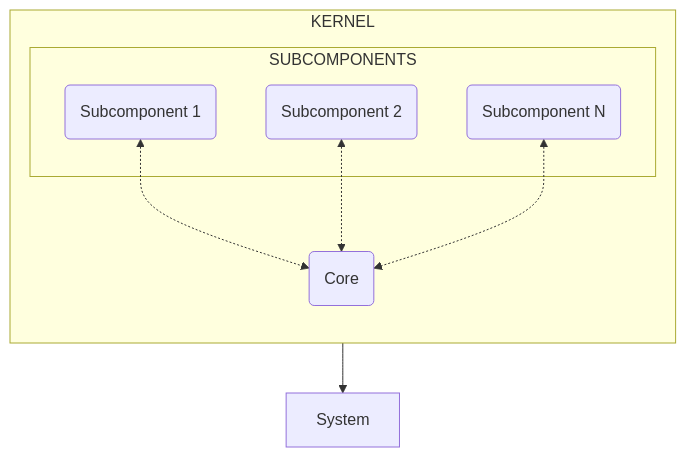
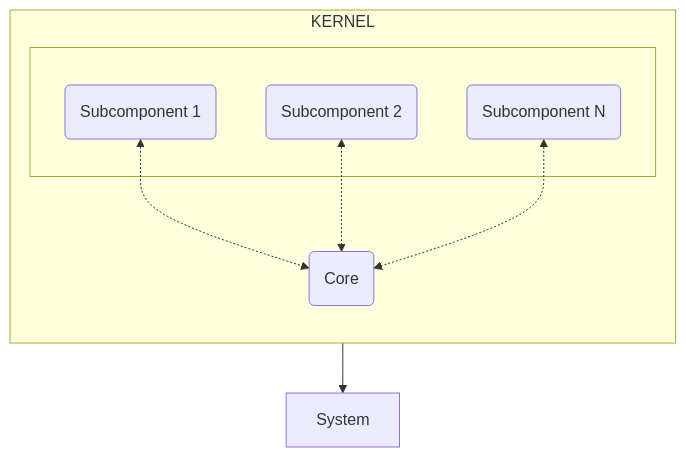
The diagram in docs/kernel/components/core.md (agp221-ua/ModuleDroid-Doc), drawn with Mermaid before and after one commit. The commit also changed other lines of this file and 2 other files, not shown here.

````diff
--- a/docs/kernel/components/core.md
+++ b/docs/kernel/components/core.md
@@ -25,18 +25,18 @@
 ```mermaid
     flowchart TB
         subgraph k[KERNEL]
             direction TB
-            subgraph c[SUBCOMPONENTS]
+            subgraph c[" "]
                 c1(Subcomponent 1)
                 c2(Subcomponent 2)
                 c3(Subcomponent N)
             end
             direction TB
             core(Core)
         end
-        k --> System
+        c --> System
         c1 <-.-> core
         c2 <-.-> core
         c3 <-.-> core
 
 ```
````
